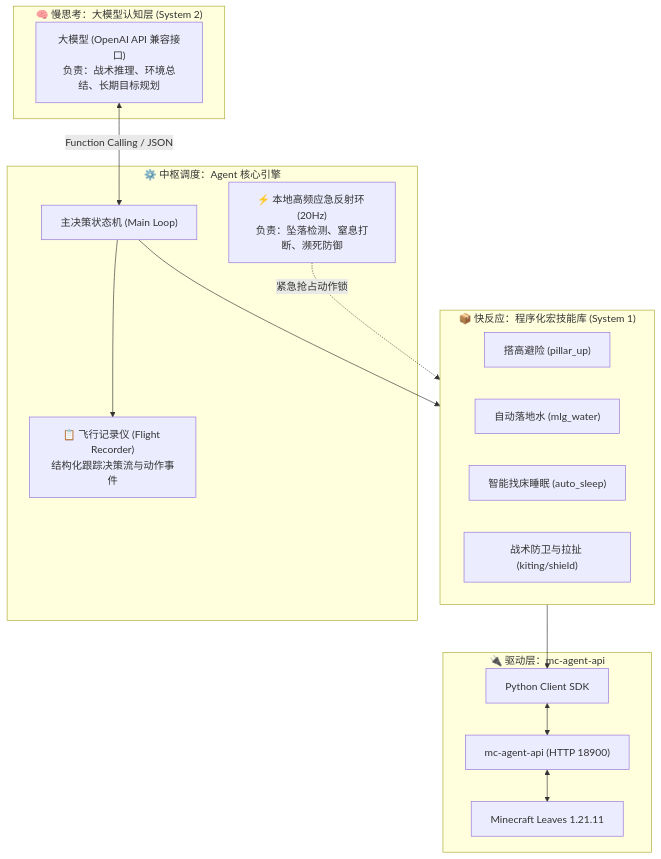
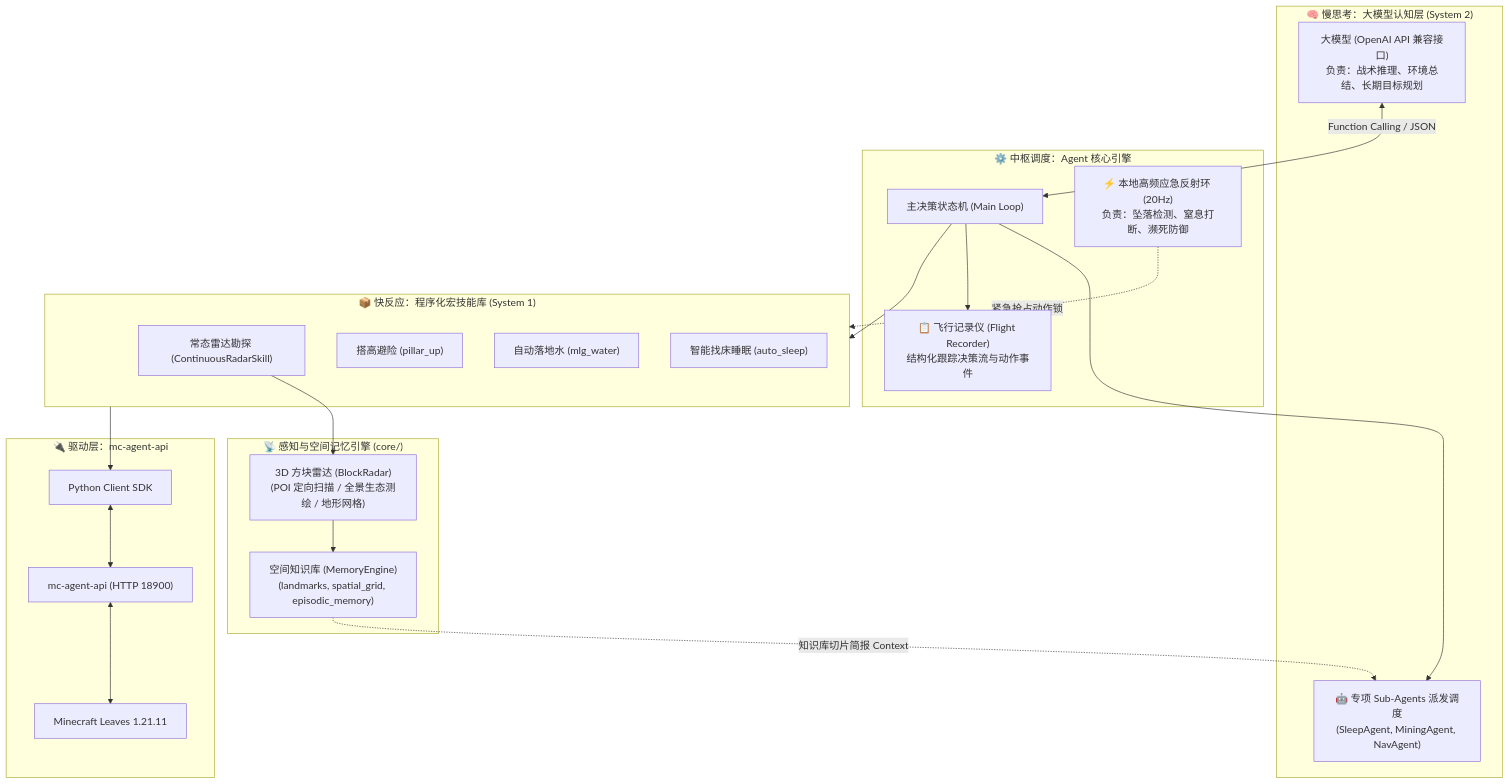
The diagram in docs/ARCHITECTURE.md (Mxpea/BotSleep), drawn with Mermaid before and after one commit. The commit also changed other lines of this file and 14 other files, not shown here.

Commit message:
feat: implement 3D block radar engine, spatial knowledge base, and continuous exploration skill

````diff
--- a/docs/ARCHITECTURE.md
+++ b/docs/ARCHITECTURE.md
@@ -12,32 +12,42 @@
 ```mermaid
 flowchart TD
     subgraph CognitiveLayer["🧠 慢思考：大模型认知层 (System 2)"]
         LLM["大模型 (OpenAI API 兼容接口)<br/>负责：战术推理、环境总结、长期目标规划"]
+        SubAgents["🤖 专项 Sub-Agents 派发调度<br/>(SleepAgent, MiningAgent, NavAgent)"]
     end
 
     subgraph AgentScheduler["⚙️ 中枢调度：Agent 核心引擎"]
         Planner["主决策状态机 (Main Loop)"]
         ReflexDaemon["⚡ 本地高频应急反射环 (20Hz)<br/>负责：坠落检测、窒息打断、濒死防御"]
         FlightRecorder["📋 飞行记录仪 (Flight Recorder)<br/>结构化跟踪决策流与动作事件"]
     end
 
+    subgraph PerceptionMemory["📡 感知与空间记忆引擎 (core/)"]
+        Radar["3D 方块雷达 (BlockRadar)<br/>(POI 定向扫描 / 全景生态测绘 / 地形网格)"]
+        Memory["空间知识库 (MemoryEngine)<br/>(landmarks, spatial_grid, episodic_memory)"]
+        Radar --> Memory
+    end
+
     subgraph SkillLayer["📦 快反应：程序化宏技能库 (System 1)"]
+        SkillRadar["常态雷达勘探 (ContinuousRadarSkill)"]
         SkillPillar["搭高避险 (pillar_up)"]
         SkillMLG["自动落地水 (mlg_water)"]
         SkillSleep["智能找床睡眠 (auto_sleep)"]
-        SkillCombat["战术防卫与拉扯 (kiting/shield)"]
     end
 
     subgraph DriverLayer["🔌 驱动层：mc-agent-api"]
         MC_Client["Python Client SDK"]
         HTTP_API["mc-agent-api (HTTP 18900)"]
         GameServer["Minecraft Leaves 1.21.11"]
     end
 
     LLM <-->|Function Calling / JSON| Planner
+    Planner --> SubAgents
+    Memory -.->|知识库切片简报 Context| SubAgents
     Planner --> SkillLayer
+    SkillRadar --> Radar
     ReflexDaemon -.->|紧急抢占动作锁| SkillLayer
     SkillLayer --> MC_Client
     MC_Client <--> HTTP_API <--> GameServer
     Planner --> FlightRecorder
 ```
````
